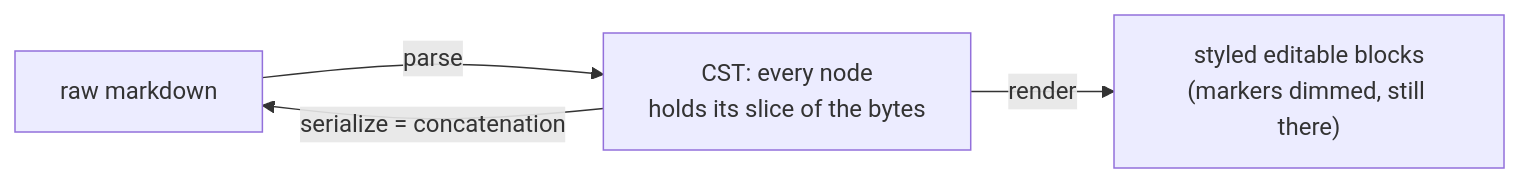
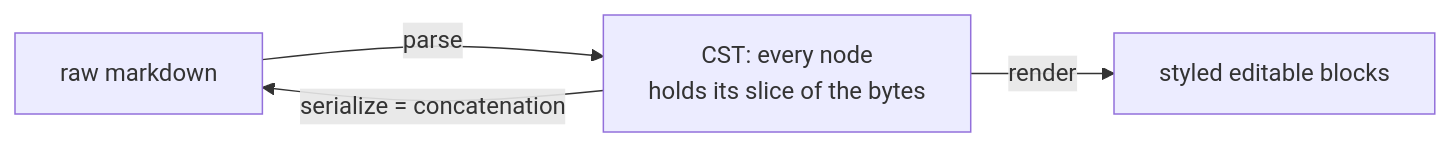
The diagram in README.md (voithos-labs/aragonite), drawn with Mermaid before and after one commit. The commit also changed other lines of this file and 14 other files, not shown here.

````diff
--- a/README.md
+++ b/README.md
@@ -81,6 +104,6 @@
 ```mermaid
 flowchart LR
     MD["raw markdown"] -->|parse| CST["CST: every node<br/>holds its slice of the bytes"]
-    CST -->|render| DOM["styled editable blocks<br/>(markers dimmed, still there)"]
+    CST -->|render| DOM["styled editable blocks"]
     CST -->|"serialize = concatenation"| MD
 ```
````
